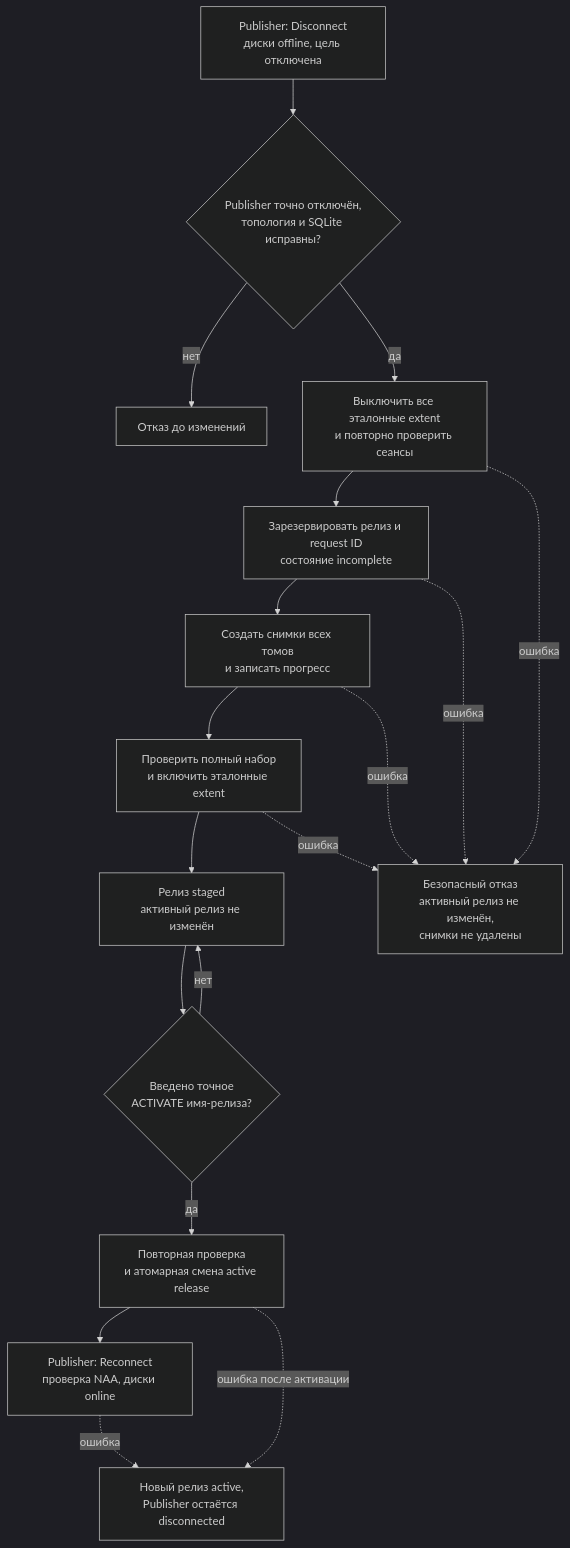
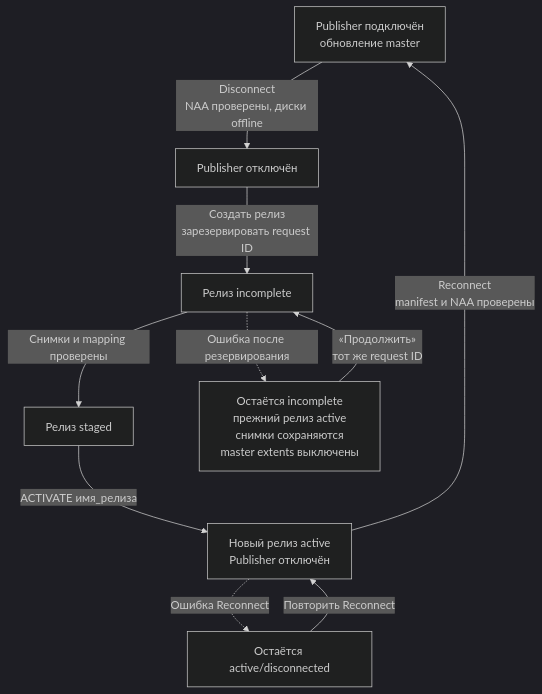
The third of 4 diagrams in README.md (Xerz/iscsi-reset-service), drawn with Mermaid (dark theme) before and after one commit. The commit also changed other lines of this file, not shown here.

Commit message:
docs: simplify README Mermaid diagrams

````diff
--- a/README.md
+++ b/README.md
@@ -109,28 +128,20 @@
 ```mermaid
-flowchart TD
-    disconnect["Publisher: Disconnect<br/>диски offline, цель отключена"]
-    preflight{"Publisher точно отключён,<br/>топология и SQLite исправны?"}
-    reject["Отказ до изменений"]
-    disable["Выключить все эталонные extent<br/>и повторно проверить сеансы"]
-    reserve["Зарезервировать релиз и request ID<br/>состояние incomplete"]
-    snapshots["Создать снимки всех томов<br/>и записать прогресс"]
-    enable["Проверить полный набор<br/>и включить эталонные extent"]
-    staged["Релиз staged<br/>активный релиз не изменён"]
-    confirm{"Введено точное<br/>ACTIVATE имя-релиза?"}
-    activate["Повторная проверка<br/>и атомарная смена active release"]
-    reconnect["Publisher: Reconnect<br/>проверка NAA, диски online"]
-    fail["Безопасный отказ<br/>активный релиз не изменён,<br/>снимки не удалены"]
-    disconnected["Новый релиз active,<br/>Publisher остаётся disconnected"]
+flowchart TB
+    connected["Publisher подключён<br/>обновление master"]
+    disconnected["Publisher отключён"]
+    incomplete["Релиз incomplete"]
+    staged["Релиз staged"]
+    activeDisconnected["Новый релиз active<br/>Publisher отключён"]
 
-    disconnect --> preflight
-    preflight -->|"нет"| reject
-    preflight -->|"да"| disable --> reserve --> snapshots --> enable --> staged --> confirm
-    confirm -->|"нет"| staged
-    confirm -->|"да"| activate --> reconnect
-    disable -. "ошибка" .-> fail
-    reserve -. "ошибка" .-> fail
-    snapshots -. "ошибка" .-> fail
-    enable -. "ошибка" .-> fail
-    activate -. "ошибка после активации" .-> disconnected
-    reconnect -. "ошибка" .-> disconnected
+    connected -->|"Disconnect<br/>NAA проверены, диски offline"| disconnected
+    disconnected -->|"Создать релиз<br/>зарезервировать request ID"| incomplete
+    incomplete -->|"Снимки и mapping проверены"| staged
+    staged -->|"ACTIVATE имя_релиза"| activeDisconnected
+    activeDisconnected -->|"Reconnect<br/>manifest и NAA проверены"| connected
+
+    incomplete -.->|"Ошибка после резервирования"| incompleteResult["Остаётся incomplete<br/>прежний релиз active<br/>снимки сохраняются<br/>master extents выключены"]
+    incompleteResult -->|"«Продолжить»<br/>тот же request ID"| incomplete
+
+    activeDisconnected -.->|"Ошибка Reconnect"| reconnectResult["Остаётся active/disconnected"]
+    reconnectResult -->|"Повторить Reconnect"| activeDisconnected
 ```
````
